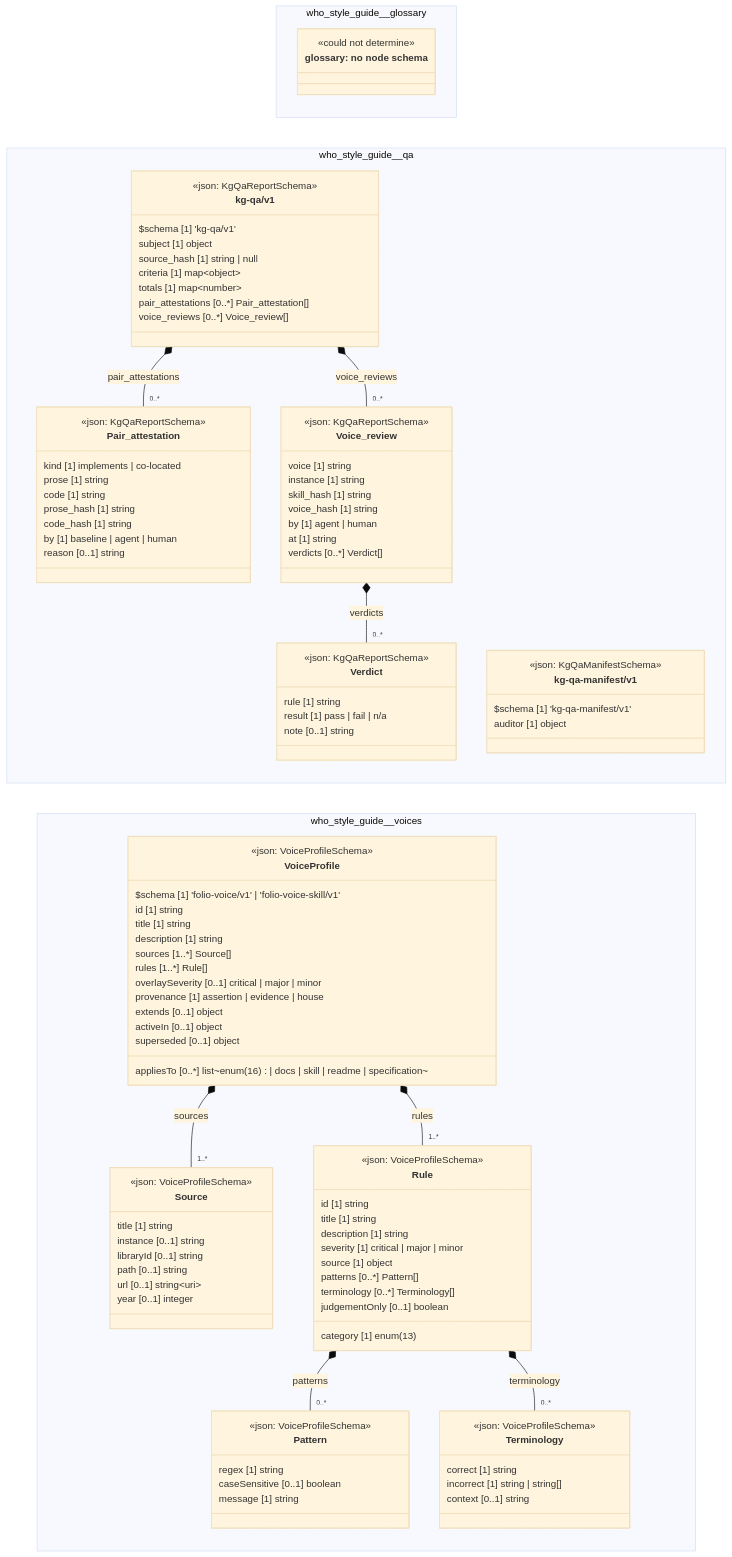
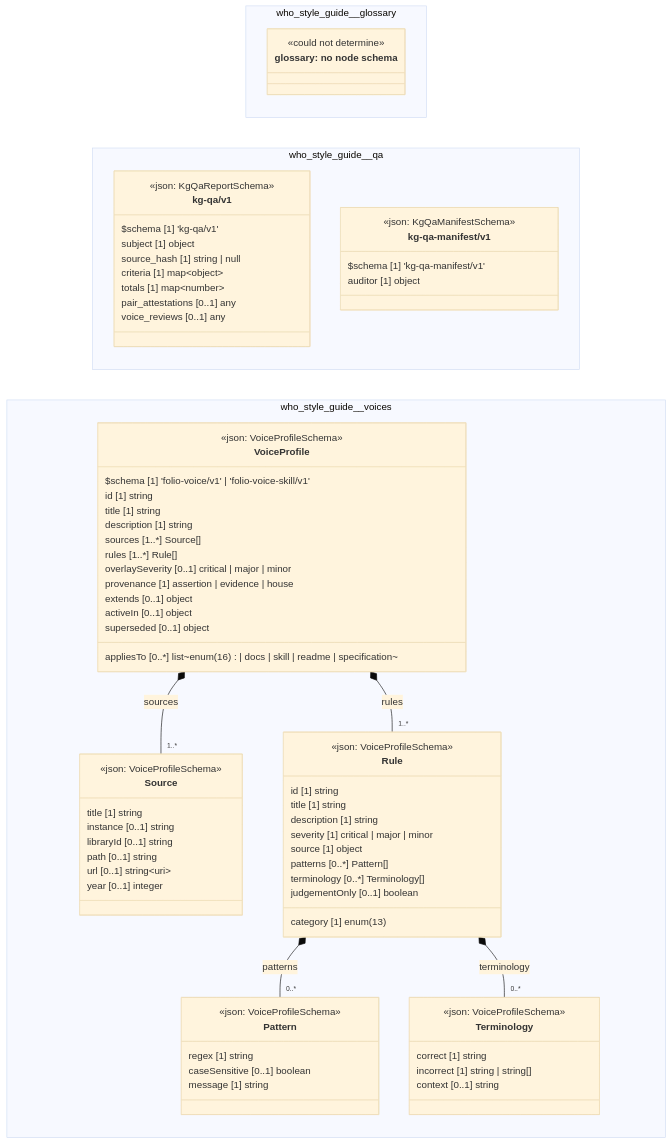
One commit to litlfred/folio-assistant changed the diagram in cat-harness/docs/uml/overview/who-style-guide.md. Above: the diagram before and after it, drawn with Mermaid (base theme). The commit also changed 234 other files, not shown here.

```diff
--- a/cat-harness/docs/uml/overview/who-style-guide.md
+++ b/cat-harness/docs/uml/overview/who-style-guide.md
@@ -52,32 +52,6 @@
     }
   }
   namespace who_style_guide__qa {
-    class who_style_guide_qa_kg_qa_v1_Pair_attestation["Pair_attestation"] {
-      <<json: KgQaReportSchema>>
-      kind [1] implements | co-located
-      prose [1] string
-      code [1] string
-      prose_hash [1] string
-      code_hash [1] string
-      by [1] baseline | agent | human
-      reason [0..1] string
-    }
-    class who_style_guide_qa_kg_qa_v1_Verdict["Verdict"] {
-      <<json: KgQaReportSchema>>
-      rule [1] string
-      result [1] pass | fail | n/a
-      note [0..1] string
-    }
-    class who_style_guide_qa_kg_qa_v1_Voice_review["Voice_review"] {
-      <<json: KgQaReportSchema>>
-      voice [1] string
-      instance [1] string
-      skill_hash [1] string
-      voice_hash [1] string
-      by [1] agent | human
-      at [1] string
-      verdicts [0..*] Verdict[]
-    }
     class who_style_guide_qa_kg_qa_v1_kg_qa_v1["kg-qa/v1"] {
       <<json: KgQaReportSchema>>
       $schema [1] 'kg-qa/v1'
@@ -85,8 +59,8 @@
       source_hash [1] string | null
       criteria [1] map~object~
       totals [1] map~number~
-      pair_attestations [0..*] Pair_attestation[]
-      voice_reviews [0..*] Voice_review[]
+      pair_attestations [0..1] any
+      voice_reviews [0..1] any
     }
     class who_style_guide_qa_kg_qa_manifest_v1_kg_qa_manifest_v1["kg-qa-manifest/v1"] {
       <<json: KgQaManifestSchema>>
@@ -146,12 +120,6 @@
   }
   cssClass "n_who_style_guide_glossary_glossary" fa_uml_kind_glossary
   cssClass "n_who_style_guide_glossary_glossary" fa_uml_undetermined
-  who_style_guide_qa_kg_qa_v1_kg_qa_v1 *-- "0..*" who_style_guide_qa_kg_qa_v1_Pair_attestation : pair_attestations
-  who_style_guide_qa_kg_qa_v1_Voice_review *-- "0..*" who_style_guide_qa_kg_qa_v1_Verdict : verdicts
-  who_style_guide_qa_kg_qa_v1_kg_qa_v1 *-- "0..*" who_style_guide_qa_kg_qa_v1_Voice_review : voice_reviews
-  cssClass "who_style_guide_qa_kg_qa_v1_Pair_attestation" fa_uml_kind_qa
-  cssClass "who_style_guide_qa_kg_qa_v1_Verdict" fa_uml_kind_qa
-  cssClass "who_style_guide_qa_kg_qa_v1_Voice_review" fa_uml_kind_qa
   cssClass "who_style_guide_qa_kg_qa_v1_kg_qa_v1" fa_uml_kind_qa
   cssClass "who_style_guide_qa_kg_qa_manifest_v1_kg_qa_manifest_v1" fa_uml_kind_qa
   who_style_guide_voices_VoiceProfile *-- "1..*" who_style_guide_voices_Source : sources
```
